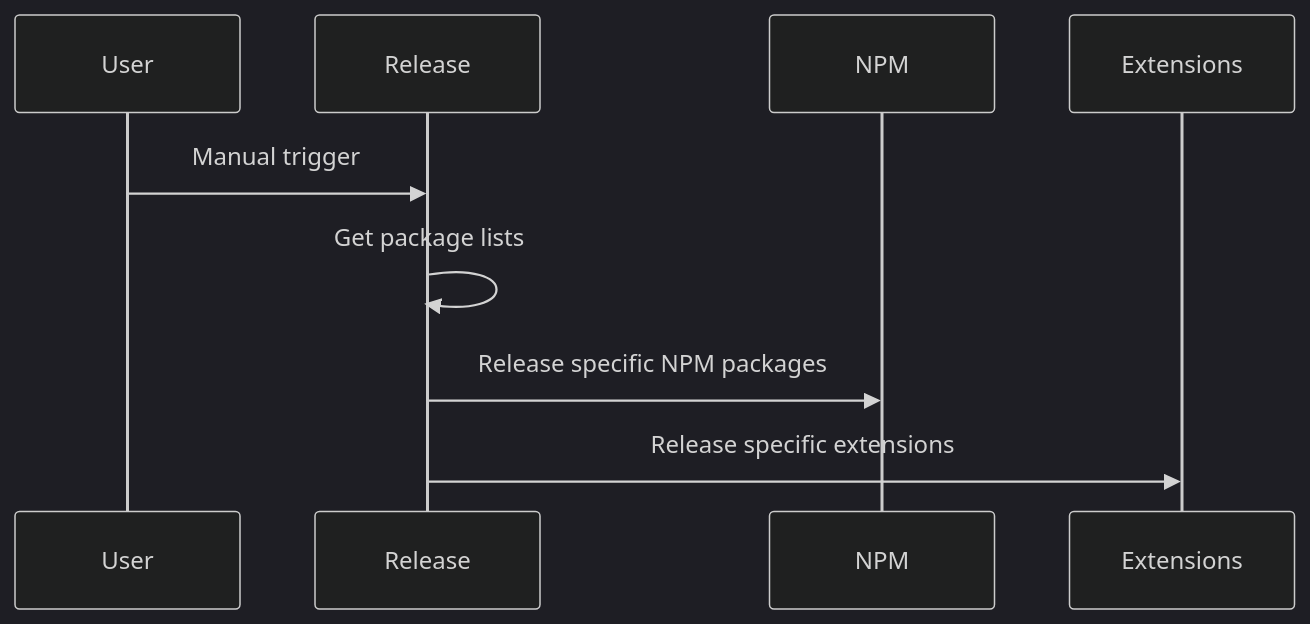
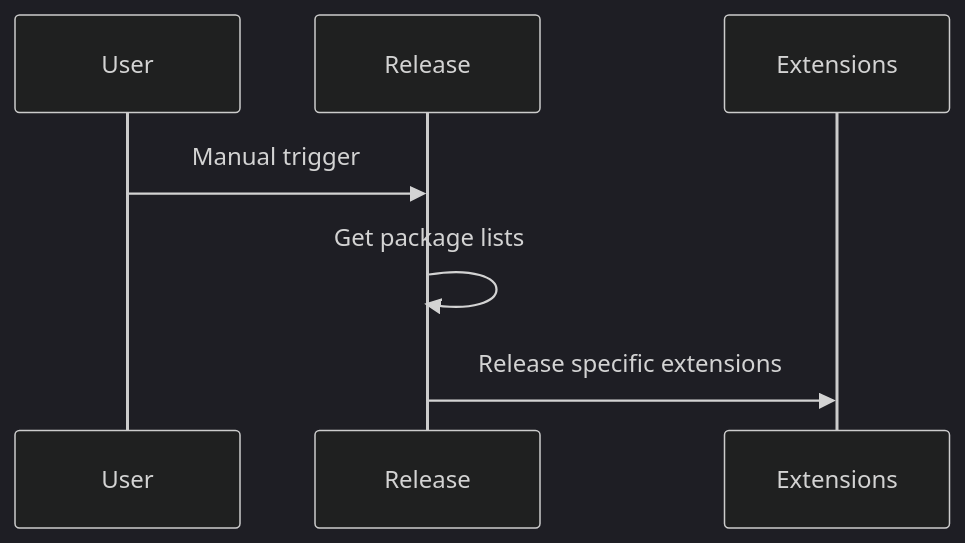
One commit to forcedotcom/apex-language-support changed the ninth of 10 diagrams in .github/workflows/README.md. Above: the diagram before and after it, drawn with Mermaid (dark theme). The commit also changed other lines of this file and 3 other files, not shown here.

````diff
--- a/.github/workflows/README.md
+++ b/.github/workflows/README.md
@@ -237,12 +338,10 @@
 ```mermaid
 sequenceDiagram
     participant User
     participant Release
-    participant NPM
     participant Extensions
 
     User->>Release: Manual trigger
     Release->>Release: Get package lists
-    Release->>NPM: Release specific NPM packages
     Release->>Extensions: Release specific extensions
 ```
````
